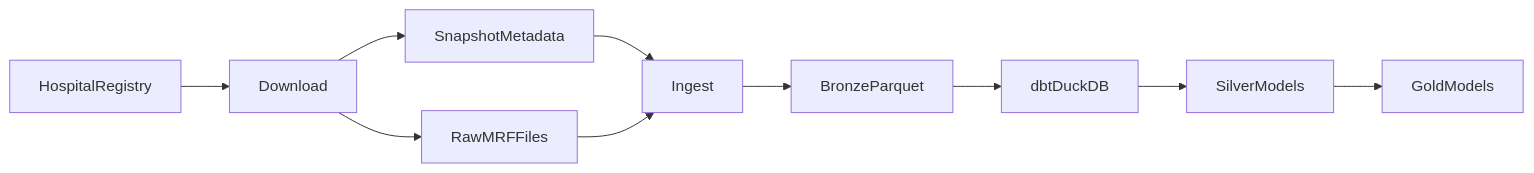
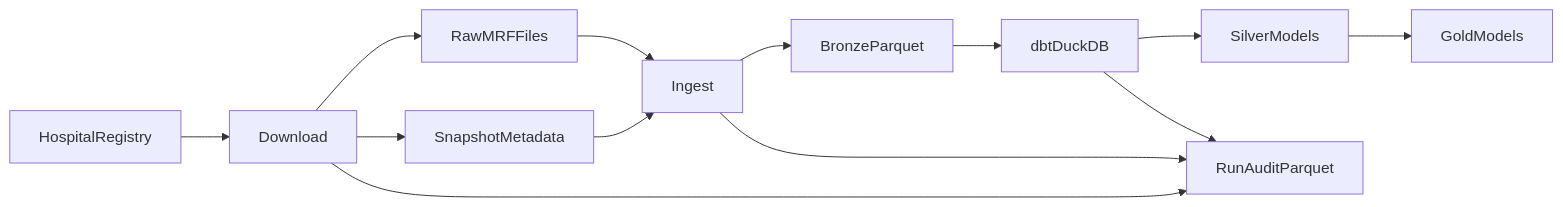
Before and after one commit to jakegussler/hospital-price-transparency-analytics: the first of 3 diagrams in docs/architecture/pipeline-overview.md, drawn with Mermaid. The commit also changed other lines of this file and 4 other files, not shown here.

````diff
--- a/docs/architecture/pipeline-overview.md
+++ b/docs/architecture/pipeline-overview.md
@@ -6,12 +6,15 @@
 ```mermaid
 flowchart LR
   registry[HospitalRegistry] --> download[Download]
   download --> rawFiles[RawMRFFiles]
   download --> snapshotMeta[SnapshotMetadata]
   snapshotMeta --> ingest[Ingest]
   rawFiles --> ingest
   ingest --> bronze[BronzeParquet]
   bronze --> dbt[dbtDuckDB]
   dbt --> silver[SilverModels]
+  download --> audit[RunAuditParquet]
+  ingest --> audit
+  dbt --> audit
   silver --> gold[GoldModels]
 ```
````
